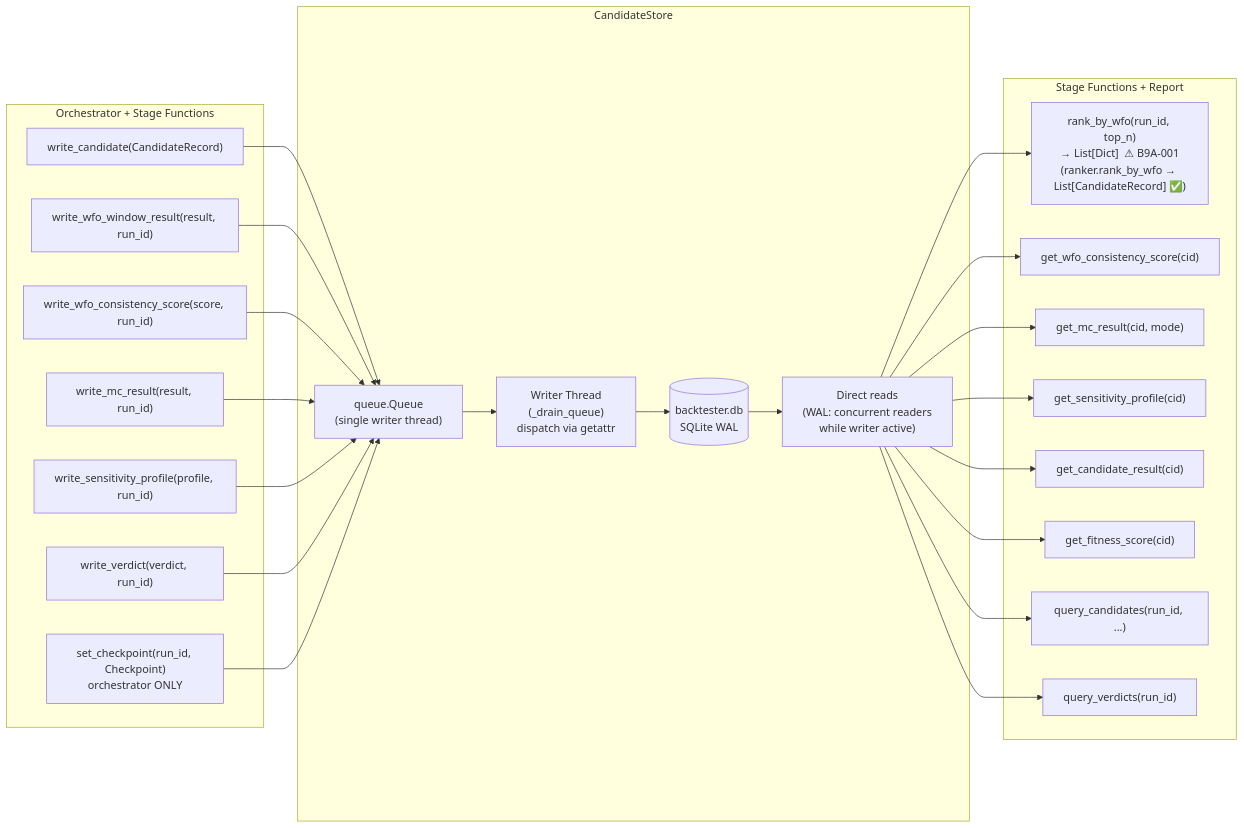
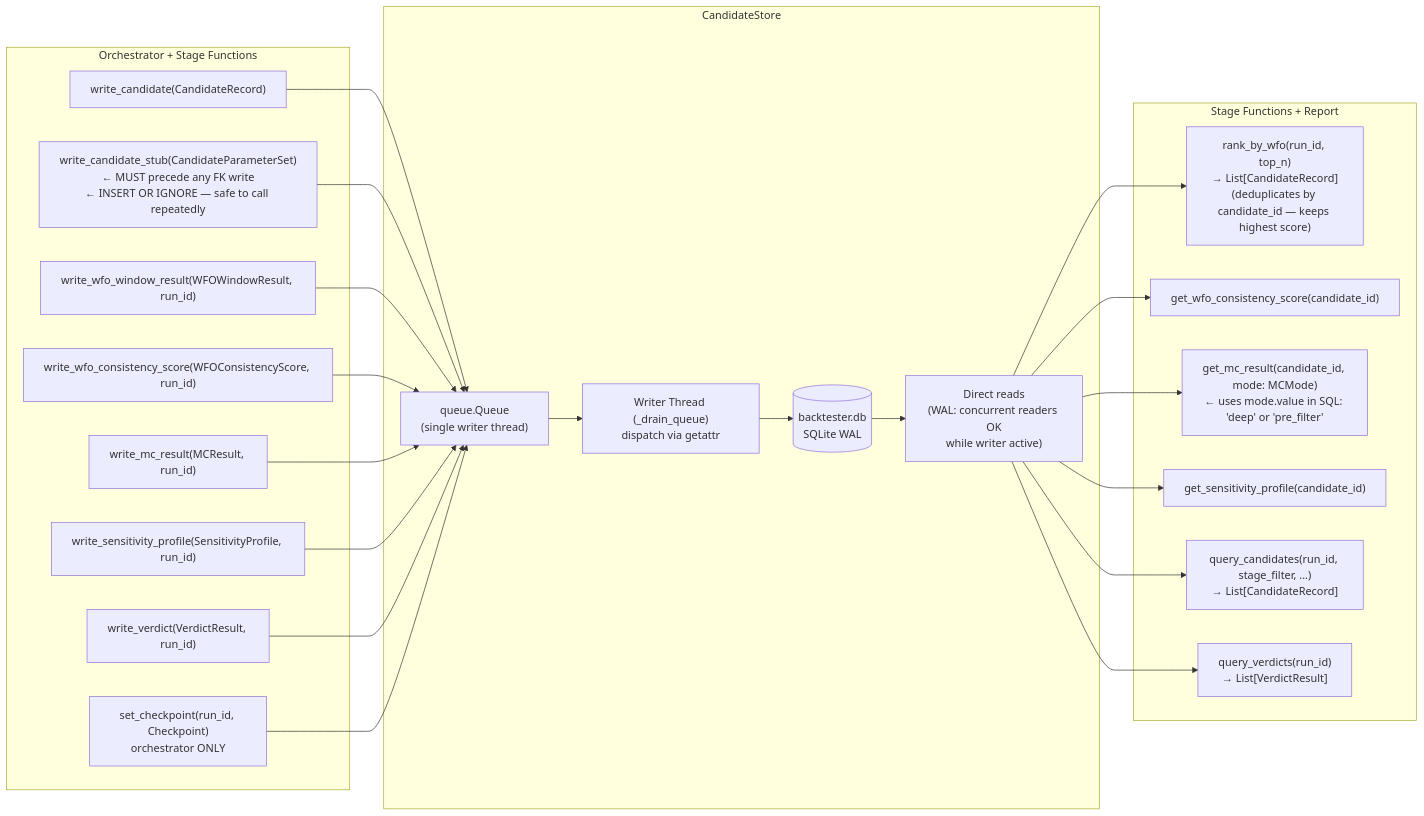
The fifth of 6 diagrams in docs/backtesting/architecture/ARCHITECTURE.md (RumcajsPL/Backtest_platform), drawn with Mermaid before and after one commit. The commit also changed other lines of this file and 5 other files, not shown here.

````diff
--- a/docs/backtesting/architecture/ARCHITECTURE.md
+++ b/docs/backtesting/architecture/ARCHITECTURE.md
@@ -468,40 +535,33 @@
 ```mermaid
 flowchart LR
     subgraph CALLERS["Orchestrator + Stage Functions"]
         W1["write_candidate(CandidateRecord)"]
-        W2["write_wfo_window_result(result, run_id)"]
-        W3["write_wfo_consistency_score(score, run_id)"]
-        W4["write_mc_result(result, run_id)"]
-        W5["write_sensitivity_profile(profile, run_id)"]
-        W6["write_verdict(verdict, run_id)"]
+        W2["write_candidate_stub(CandidateParameterSet)\n← MUST precede any FK write\n← INSERT OR IGNORE — safe to call repeatedly"]
+        W3["write_wfo_window_result(WFOWindowResult, run_id)"]
+        W4["write_wfo_consistency_score(WFOConsistencyScore, run_id)"]
+        W5["write_mc_result(MCResult, run_id)"]
+        W6["write_sensitivity_profile(SensitivityProfile, run_id)"]
+        W7["write_verdict(VerdictResult, run_id)"]
         CP["set_checkpoint(run_id, Checkpoint)\norchestrator ONLY"]
     end
 
     subgraph STORE["CandidateStore"]
         Q["queue.Queue\n(single writer thread)"]
-        WT["Writer Thread\n(_drain_queue)\ndispatch via getattr"]
+        WT["Writer Thread (_drain_queue)\ndispatch via getattr"]
         DB[("backtester.db\nSQLite WAL")]
-        READS["Direct reads\n(WAL: concurrent readers\nwhile writer active)"]
+        READS["Direct reads\n(WAL: concurrent readers OK\nwhile writer active)"]
     end
 
     subgraph READERS["Stage Functions + Report"]
-        R1["rank_by_wfo(run_id, top_n)\n→ List[Dict]  ⚠ B9A-001\n(ranker.rank_by_wfo → List[CandidateRecord] ✅)"]
-        R2["get_wfo_consistency_score(cid)"]
-        R3["get_mc_result(cid, mode)"]
-        R4["get_sensitivity_profile(cid)"]
-        R5["get_candidate_result(cid)"]
-        R6["get_fitness_score(cid)"]
-        R7["query_candidates(run_id, ...)"]
-        R8["query_verdicts(run_id)"]
+        R1["rank_by_wfo(run_id, top_n)\n→ List[CandidateRecord]\n(deduplicates by candidate_id — keeps highest score)"]
+        R2["get_wfo_consistency_score(candidate_id)"]
+        R3["get_mc_result(candidate_id, mode: MCMode)\n← uses mode.value in SQL: 'deep' or 'pre_filter'"]
+        R4["get_sensitivity_profile(candidate_id)"]
+        R5["query_candidates(run_id, stage_filter, ...)\n→ List[CandidateRecord]"]
+        R6["query_verdicts(run_id)\n→ List[VerdictResult]"]
     end
 
-    W1 --> Q
-    W2 --> Q
-    W3 --> Q
-    W4 --> Q
-    W5 --> Q
-    W6 --> Q
-    CP --> Q
+    W1 & W2 & W3 & W4 & W5 & W6 & W7 & CP --> Q
     Q --> WT --> DB
-    DB --> READS --> R1 & R2 & R3 & R4 & R5 & R6 & R7 & R8
+    DB --> READS --> R1 & R2 & R3 & R4 & R5 & R6
 ```
````
